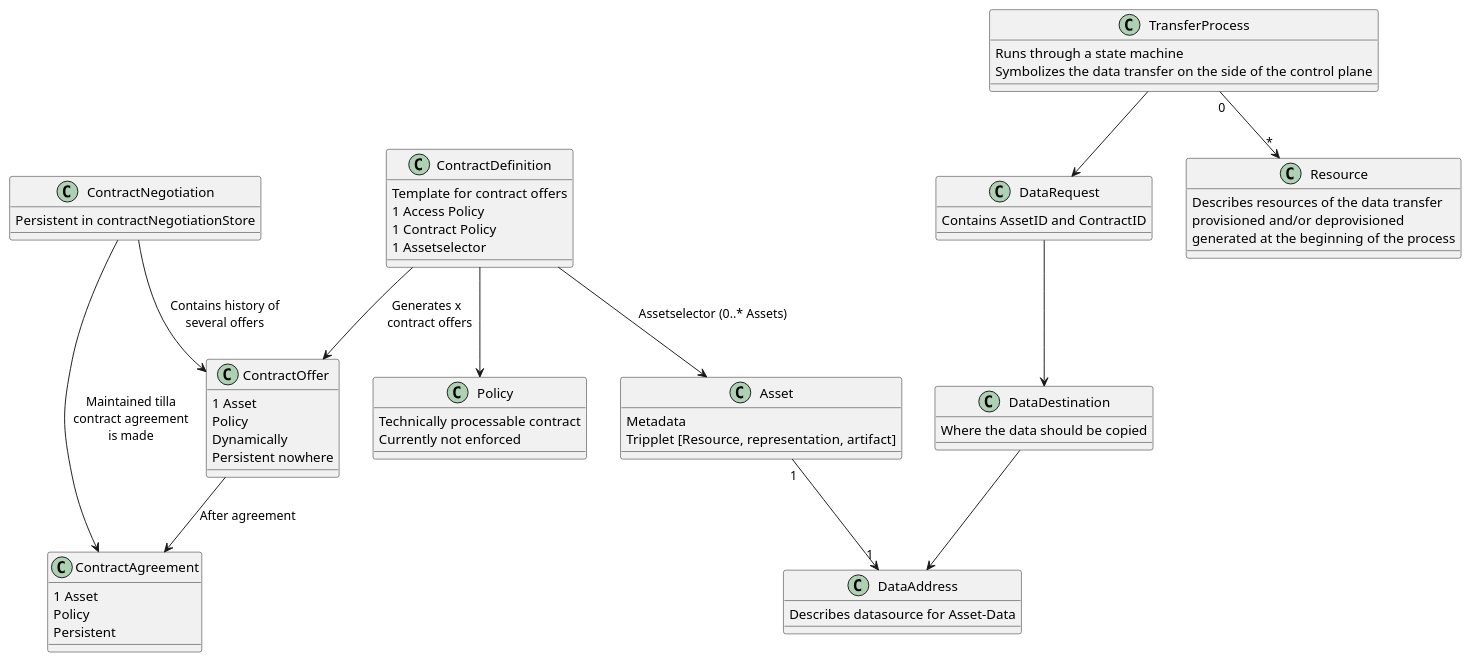
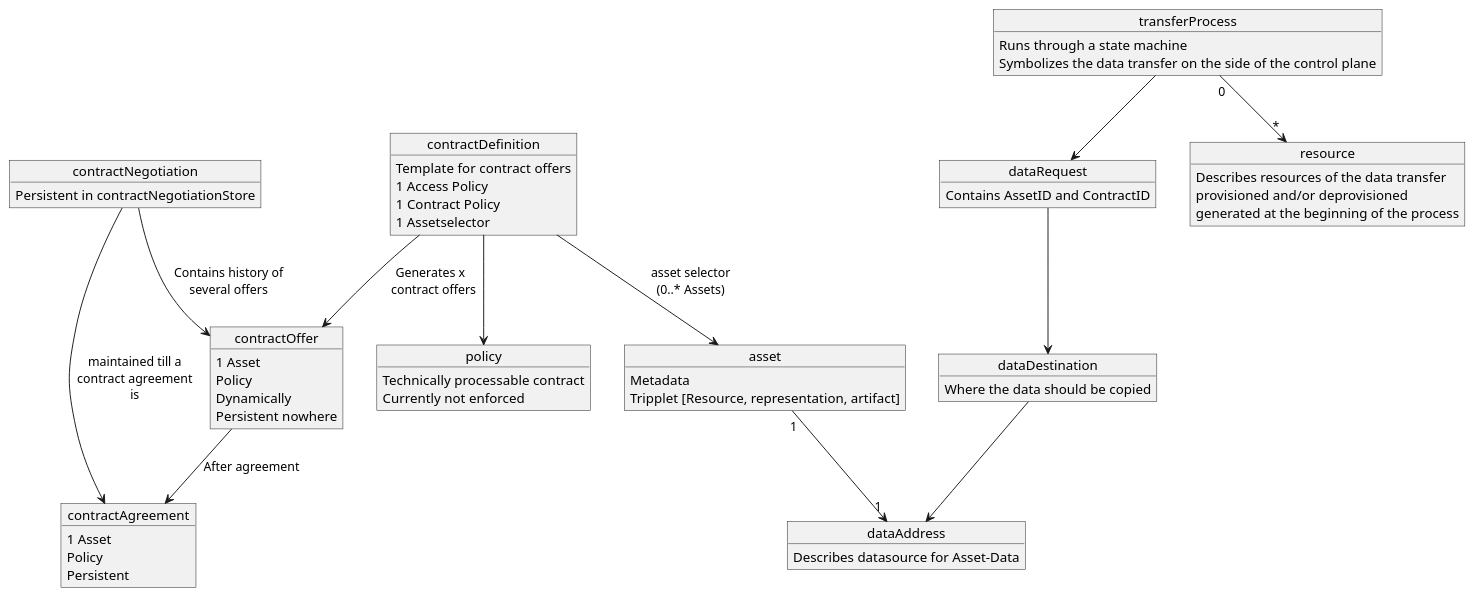
One commit to eclipse-edc/Connector changed the diagram in docs/diagrams/domain-model.puml. Above: the diagram before and after it, drawn with PlantUML. The commit also changed 3 other files, not shown here.

Commit message:
Docs: Modify diagram, make review corrections

```diff
--- a/docs/diagrams/domain-model.puml
+++ b/docs/diagrams/domain-model.puml
@@ -1,73 +1,81 @@
 @startuml
-'https://plantuml.com/class-diagram
+'https://plantuml.com/object-diagram
 
-class Policy{
+skinParam NoteBackgroundColor WhiteSmoke
+skinParam NoteFontColor Black
+skinParam ParticipantBackgroundColor WhiteSmoke
+skinParam ActorBackgroundColor WhiteSmoke
+skinParam AgentBackgroundColor White
+skinParam AgentBorderColor SkyBlue
+skinparam shadowing false
+
+object policy {
   Technically processable contract
   Currently not enforced
 }
 
-class ContractOffer{
-  1 Asset
-  Policy
-  Dynamically
-  Persistent nowhere
+object contractOffer{
+   1 Asset
+   Policy
+   Dynamically
+   Persistent nowhere
 }
 
-class ContractNegotiation{
-  Persistent in contractNegotiationStore
+object contractNegotiation{
+    Persistent in contractNegotiationStore
 }
 
-class ContractAgreement{
-  1 Asset
-  Policy
-  Persistent
+object contractAgreement{
+    1 Asset
+    Policy
+    Persistent
 }
 
-class Resource{
-  Describes resources of the data transfer
-  provisioned and/or deprovisioned
-  generated at the beginning of the process
+object resource{
+    Describes resources of the data transfer
+    provisioned and/or deprovisioned
+    generated at the beginning of the process
 }
 
-class Asset{
-  Metadata
-  Tripplet [Resource, representation, artifact]
+object asset{
+    Metadata
+    Tripplet [Resource, representation, artifact]
 }
 
-class ContractDefinition{
-  Template for contract offers
-  1 Access Policy
-  1 Contract Policy
-  1 Assetselector
+object contractDefinition{
+    Template for contract offers
+    1 Access Policy
+    1 Contract Policy
+    1 Assetselector
 }
 
-class DataAddress{
-  Describes datasource for Asset-Data
+object dataAddress{
+    Describes datasource for Asset-Data
 }
 
-class DataDestination{
-  Where the data should be copied
+object dataDestination{
+    Where the data should be copied
 }
 
-class DataRequest{
-  Contains AssetID and ContractID
+object dataRequest{
+    Contains AssetID and ContractID
 }
 
-class TransferProcess{
-  Runs through a state machine
-  Symbolizes the data transfer on the side of the control plane
+object transferProcess{
+    Runs through a state machine
+    Symbolizes the data transfer on the side of the control plane
 }
 
-ContractDefinition --> Policy
-ContractDefinition --> Asset: Assetselector (0..* Assets)
-ContractDefinition --> ContractOffer: Generates x \n contract offers
-Asset "1" --> "1" DataAddress
-ContractNegotiation --> ContractOffer: Contains history of\nseveral offers
-ContractNegotiation --> ContractAgreement: Maintained tilla\ncontract agreement\nis made
-ContractOffer --> ContractAgreement: After agreement
-TransferProcess "0" --> "*" Resource
-TransferProcess --> DataRequest
-DataRequest --> DataDestination
-DataDestination --> DataAddress
+contractDefinition --> policy
+contractDefinition --> asset: asset selector\n(0..* Assets)
+contractDefinition --> contractOffer: Generates x \n contract offers
+asset "1" --> "1" dataAddress
+contractNegotiation --> contractOffer: Contains history of\nseveral offers
+contractNegotiation --> contractAgreement: maintained till a\ncontract agreement\nis
+contractOffer --> contractAgreement: After agreement
+transferProcess "0" --> "*" resource
+transferProcess --> dataRequest
+dataRequest --> dataDestination
+dataDestination --> dataAddress
 
 @enduml
```
